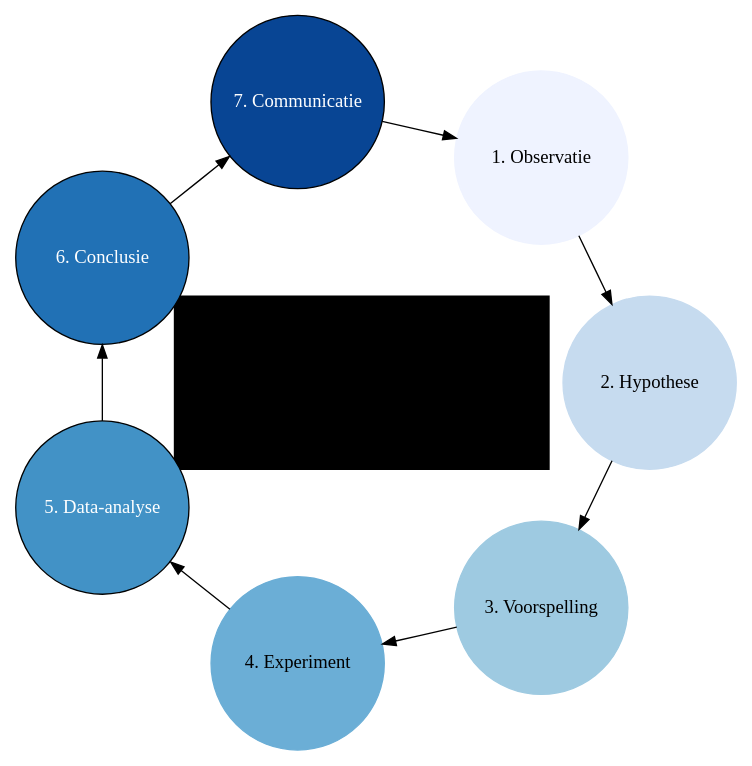
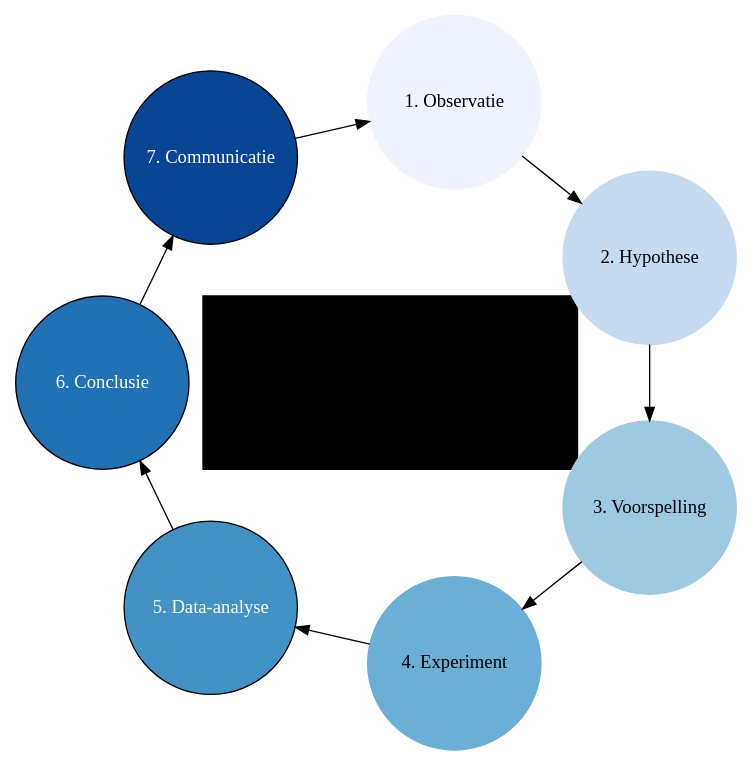
The first of 3 diagrams in wetenschappelijke-methode.qmd (psmsmets/WetenschappelijkeMethodiek), drawn with Graphviz before and after one commit. The commit also changed other lines of this file and 12 other files, not shown here.

````diff
--- a/wetenschappelijke-methode.qmd
+++ b/wetenschappelijke-methode.qmd
@@ -39,33 +43,33 @@
 ```{dot}
 digraph "De 7 elementen van de wetenschappelijke methode" {
   layout = twopi;
   fontname = "Source Sans Pro";
   fontsize = 16;
-  normalize = true;
+  normalize = false;
 
   graph [ranksep=3]
-  node [fontname = "Source Sans Pro", colorscheme=blues7, color = transparent, style = filled, shape = circle, width=1.8, height=1.8];
+  node [fontname = "Source Sans Pro", colorscheme=blues7, color=transparent, style=filled, shape=circle, width=1.8, height=1.8];
 
   // Title node
   title [label = "Wetenschappelijke Methode", shape = none, fontname = "Source Sans Pro", fontsize = 20];
 
   // Connect title node to other nodes
   title -> 2 [style = invis];
   title -> 1 [style = invis];
   title -> 7 [style = invis];
   title -> 6 [style = invis];
   title -> 5 [style = invis];
   title -> 4 [style = invis];
   title -> 3 [style = invis];
 
   1 [label = "1. Observatie", color = 1];
   2 [label = "2. Hypothese", color = 2];
   3 [label = "3. Voorspelling", color = 3];
   4 [label = "4. Experiment", color = 4];
   5 [label = "5. Data-analyse", fillcolor = 5, fontcolor = white];
   6 [label = "6. Conclusie", fillcolor = 6, fontcolor = white];
   7 [label = "7. Communicatie", fillcolor = 7, fontcolor = white];
 
   1 -> 2 -> 3 -> 4 -> 5 -> 6 -> 7 -> 1;
 }
 ```
````
